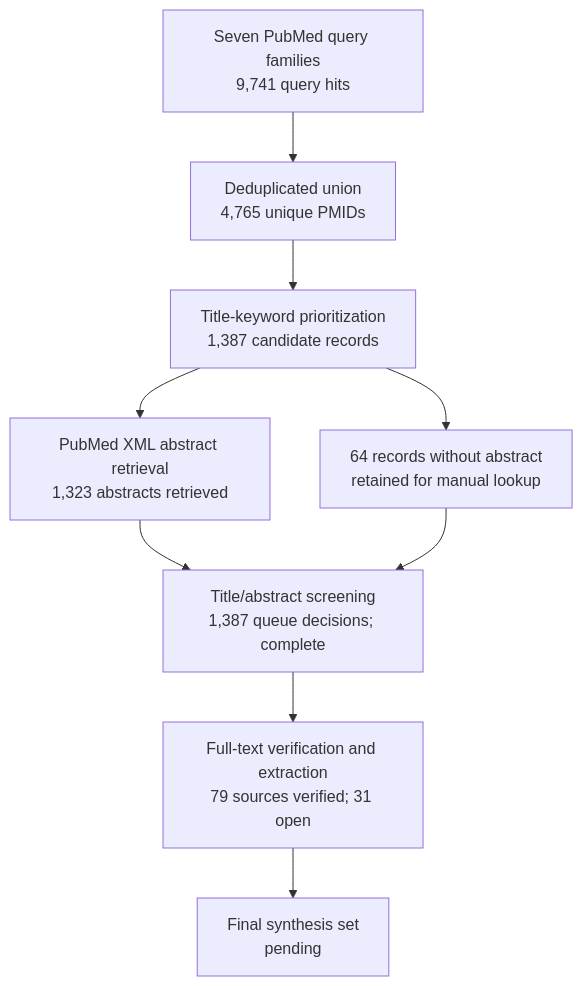
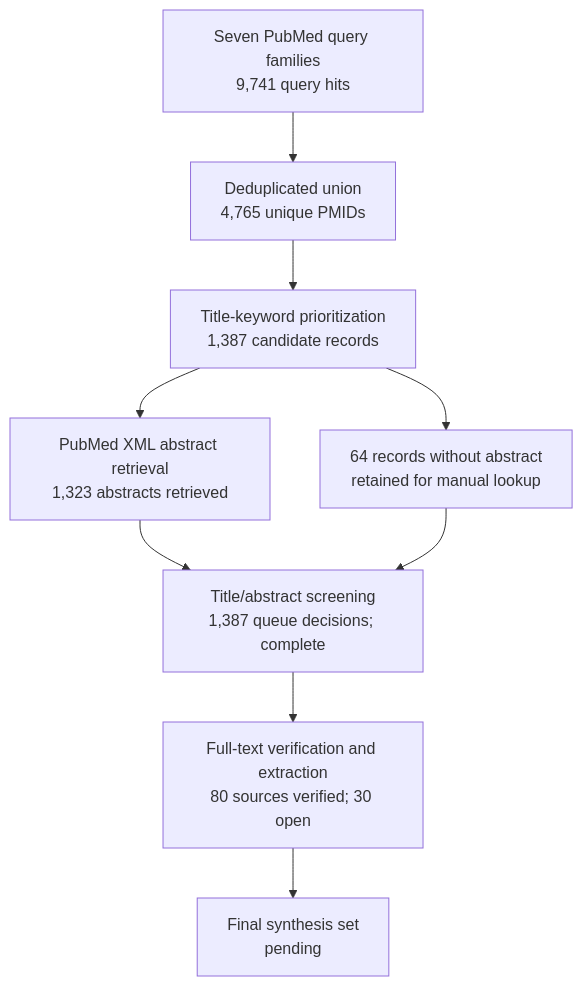
The diagram in manuscript/review-flow.md (dcmcshan/artemisia), drawn with Mermaid before and after one commit. The commit also changed other lines of this file and 17 other files, not shown here.

````diff
--- a/manuscript/review-flow.md
+++ b/manuscript/review-flow.md
@@ -5,11 +5,11 @@
 ```mermaid
 flowchart TB
   Q[Seven PubMed query families<br/>9,741 query hits] --> U[Deduplicated union<br/>4,765 unique PMIDs]
   U --> T[Title-keyword prioritization<br/>1,387 candidate records]
   T --> A[PubMed XML abstract retrieval<br/>1,323 abstracts retrieved]
   T --> N[64 records without abstract<br/>retained for manual lookup]
   A --> M[Title/abstract screening<br/>1,387 queue decisions; complete]
   N --> M
-  M --> F[Full-text verification and extraction<br/>79 sources verified; 31 open]
+  M --> F[Full-text verification and extraction<br/>80 sources verified; 30 open]
   F --> S[Final synthesis set<br/>pending]
 ```
````
